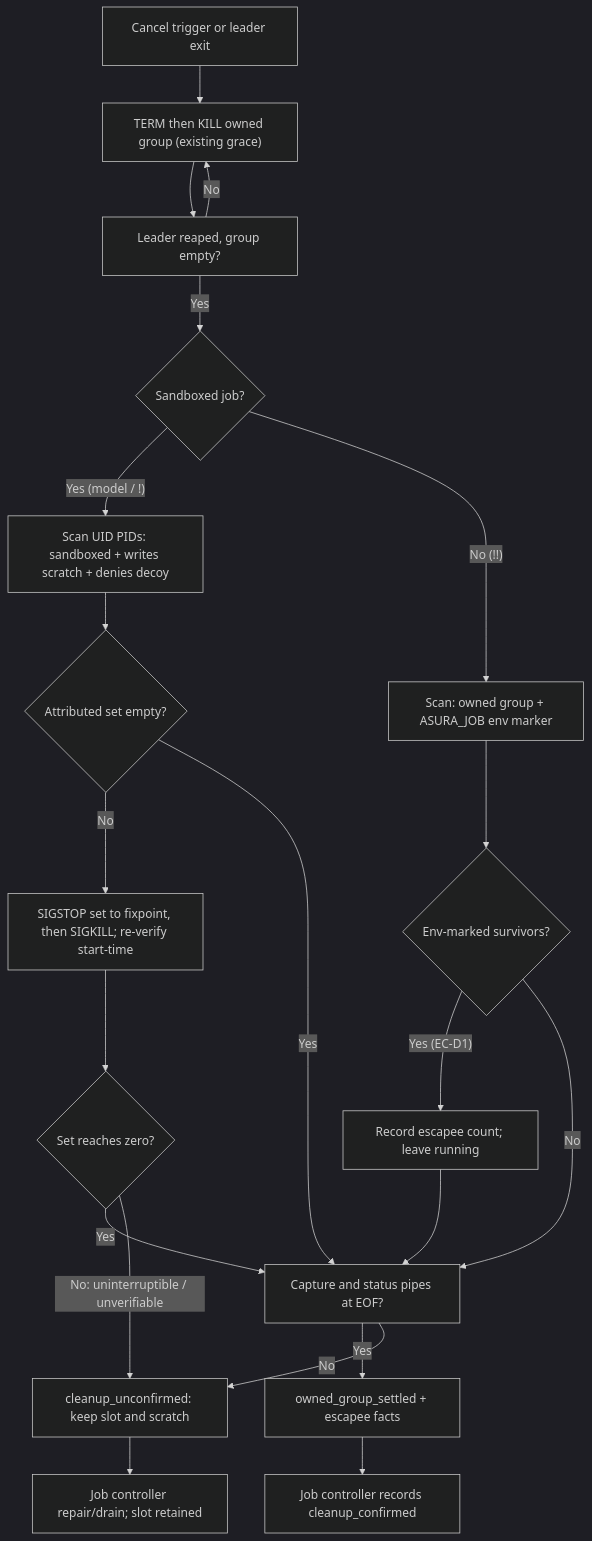
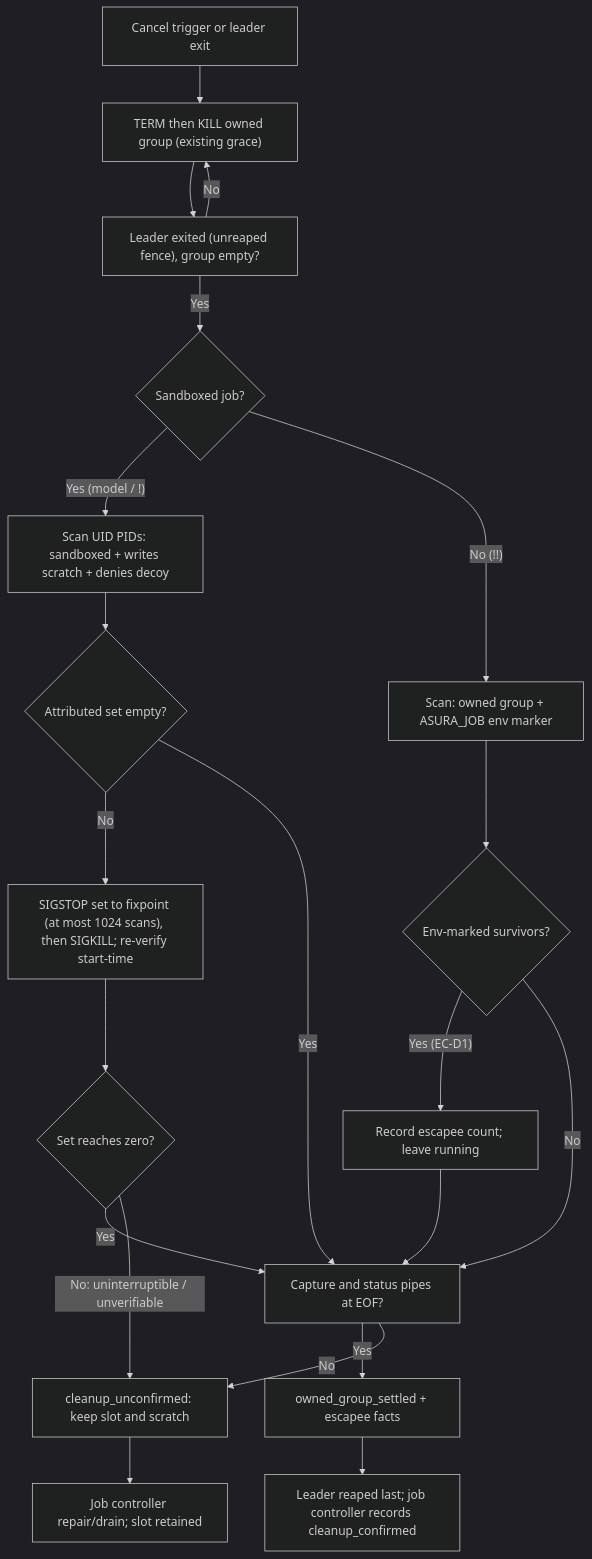
Before and after one commit to pidster/asura: the second of 3 diagrams in docs/designs/escapee-control.md, drawn with Mermaid (dark theme). The commit also changed other lines of this file and 16 other files, not shown here.

````diff
--- a/docs/designs/escapee-control.md
+++ b/docs/designs/escapee-control.md
@@ -272,23 +276,23 @@
 ```mermaid
 flowchart TD
     Start["Cancel trigger or leader exit"] --> Group["TERM then KILL owned group (existing grace)"]
-    Group --> Reaped["Leader reaped, group empty?"]
+    Group --> Reaped["Leader exited (unreaped fence), group empty?"]
     Reaped -->|No| Group
     Reaped -->|Yes| Scan{"Sandboxed job?"}
     Scan -->|"Yes (model / !)"| Mark["Scan UID PIDs: sandboxed + writes scratch + denies decoy"]
     Scan -->|"No (!!)"| Env["Scan: owned group + ASURA_JOB env marker"]
     Mark --> Set{"Attributed set empty?"}
     Env --> EnvSet{"Env-marked survivors?"}
-    Set -->|No| Freeze["SIGSTOP set to fixpoint, then SIGKILL; re-verify start-time"]
+    Set -->|No| Freeze["SIGSTOP set to fixpoint (at most 1024 scans), then SIGKILL; re-verify start-time"]
     Freeze --> Verify{"Set reaches zero?"}
     Verify -->|Yes| EOF
     Verify -->|"No: uninterruptible / unverifiable"| Unconf["cleanup_unconfirmed: keep slot and scratch"]
     Set -->|Yes| EOF["Capture and status pipes at EOF?"]
     EnvSet -->|"Yes (EC-D1)"| ReportOut["Record escapee count; leave running"]
     EnvSet -->|No| EOF
     ReportOut --> EOF
     EOF -->|Yes| Settled["owned_group_settled + escapee facts"]
     EOF -->|No| Unconf
-    Settled --> Done["Job controller records cleanup_confirmed"]
+    Settled --> Done["Leader reaped last; job controller records cleanup_confirmed"]
     Unconf --> Repair["Job controller repair/drain; slot retained"]
 ```
````
